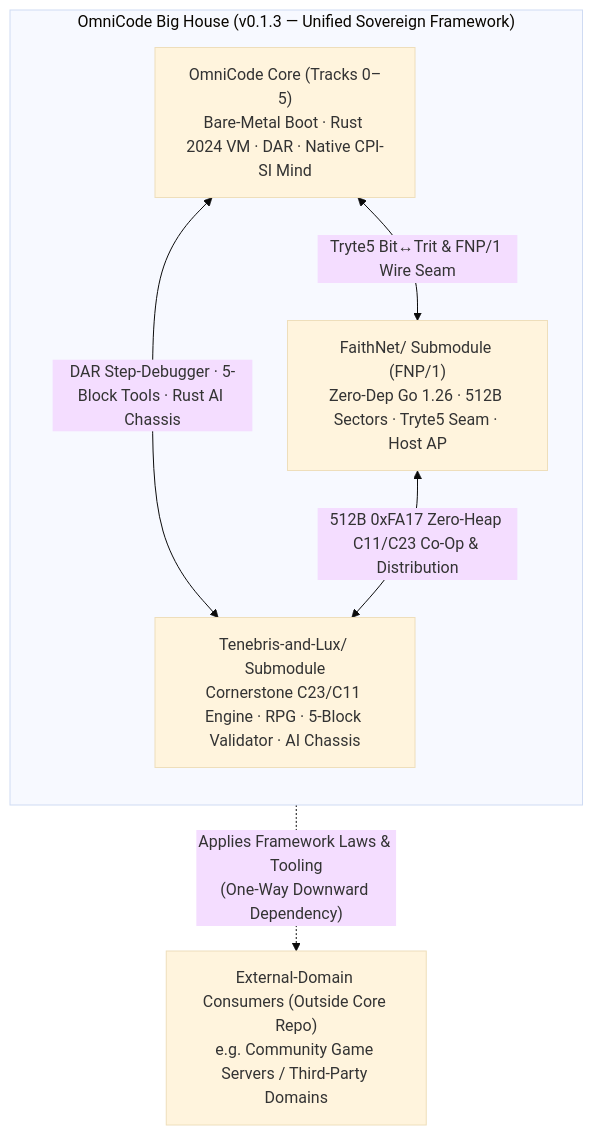
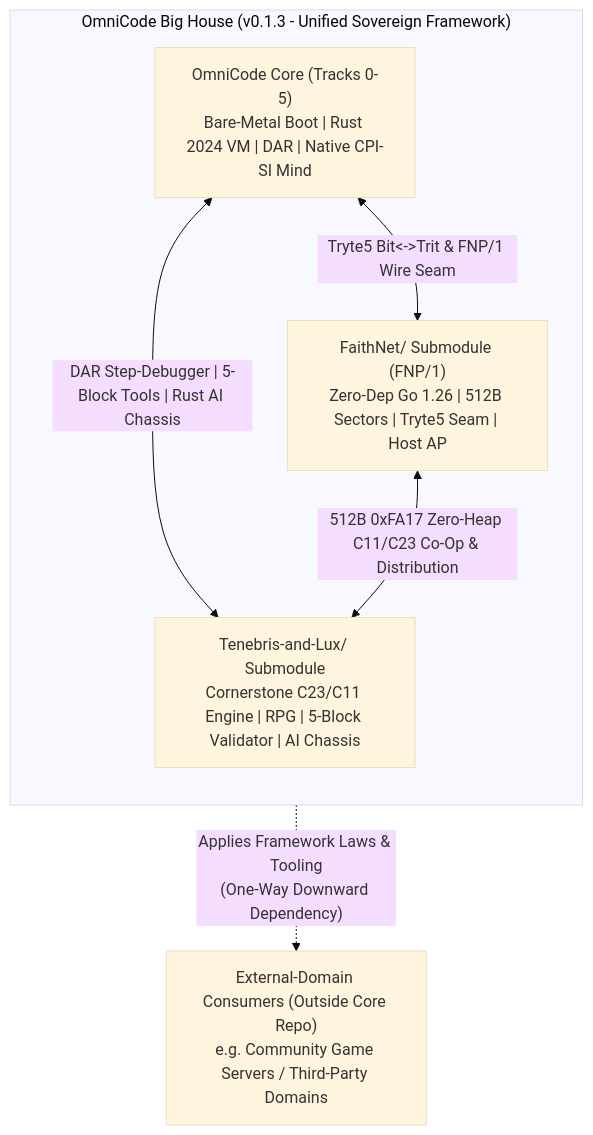
One commit to Novaking34/OmniCode_Framework changed the first of 3 diagrams in README.md. Above: the diagram before and after it, drawn with Mermaid (base theme). The commit also changed other lines of this file and 46 other files, not shown here.

````diff
--- a/README.md
+++ b/README.md
@@ -105,16 +106,16 @@
 ```mermaid
 flowchart TD
-    subgraph HOUSE["OmniCode Big House (v0.1.3 — Unified Sovereign Framework)"]
+    subgraph HOUSE["OmniCode Big House (v0.1.3 - Unified Sovereign Framework)"]
         direction TB
-        CORE["OmniCode Core (Tracks 0–5)<br/>Bare-Metal Boot · Rust 2024 VM · DAR · Native CPI-SI Mind"]
-        FN["FaithNet/ Submodule (FNP/1)<br/>Zero-Dep Go 1.26 · 512B Sectors · Tryte5 Seam · Host AP"]
-        TL["Tenebris-and-Lux/ Submodule<br/>Cornerstone C23/C11 Engine · RPG · 5-Block Validator · AI Chassis"]
+        CORE["OmniCode Core (Tracks 0-5)<br/>Bare-Metal Boot | Rust 2024 VM | DAR | Native CPI-SI Mind"]
+        FN["FaithNet/ Submodule (FNP/1)<br/>Zero-Dep Go 1.26 | 512B Sectors | Tryte5 Seam | Host AP"]
+        TL["Tenebris-and-Lux/ Submodule<br/>Cornerstone C23/C11 Engine | RPG | 5-Block Validator | AI Chassis"]
 
-        CORE <-->|"Tryte5 Bit↔Trit & FNP/1 Wire Seam"| FN
-        CORE <-->|"DAR Step-Debugger · 5-Block Tools · Rust AI Chassis"| TL
+        CORE <-->|"Tryte5 Bit<->Trit & FNP/1 Wire Seam"| FN
+        CORE <-->|"DAR Step-Debugger | 5-Block Tools | Rust AI Chassis"| TL
         FN <-->|"512B 0xFA17 Zero-Heap C11/C23 Co-Op & Distribution"| TL
     end
 
     EXT["External-Domain Consumers (Outside Core Repo)<br/>e.g. Community Game Servers / Third-Party Domains"]
     HOUSE -.->|"Applies Framework Laws & Tooling<br/>(One-Way Downward Dependency)"| EXT
 ```
````
